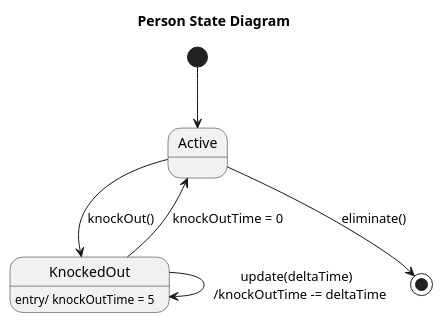
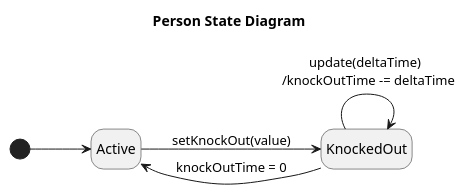
Before and after one commit to sn4k3ch4rm3r/logarlec: the diagram in docs/diagrams/state/person-state.puml, drawn with PlantUML. The commit also changed 9 other files, not shown here.

```diff
--- a/docs/diagrams/state/person-state.puml
+++ b/docs/diagrams/state/person-state.puml
@@ -1,13 +1,11 @@
 @startuml person
 title Person State Diagram
+hide empty description
+left to right direction
 
 [*] --> Active
-Active --> KnockedOut: knockOut()
+Active --> KnockedOut: setKnockOut(value)
 KnockedOut --> Active: knockOutTime = 0
 KnockedOut --> KnockedOut: update(deltaTime) \n /knockOutTime -= deltaTime
 
-Active --> [*]: eliminate()
-
-KnockedOut: entry/ knockOutTime = 5
-
 @enduml
```
